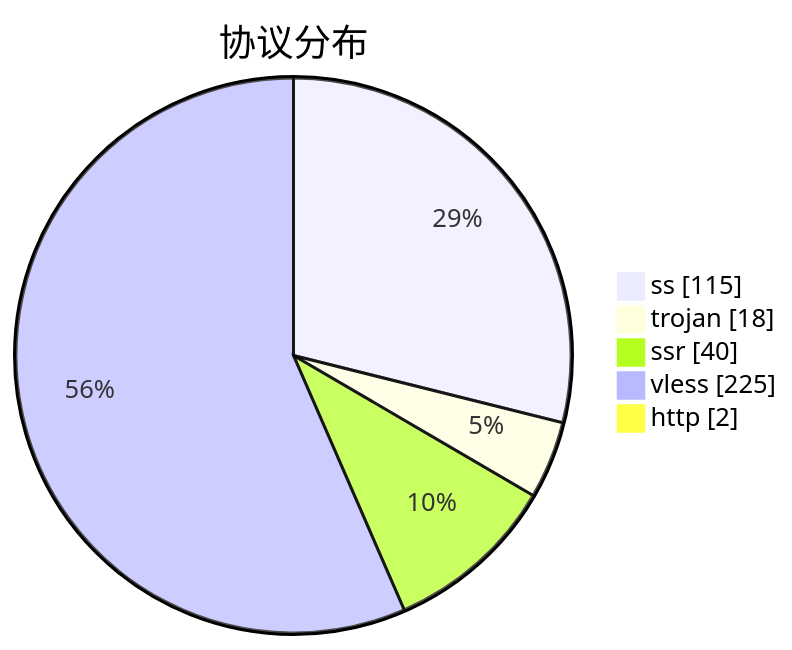
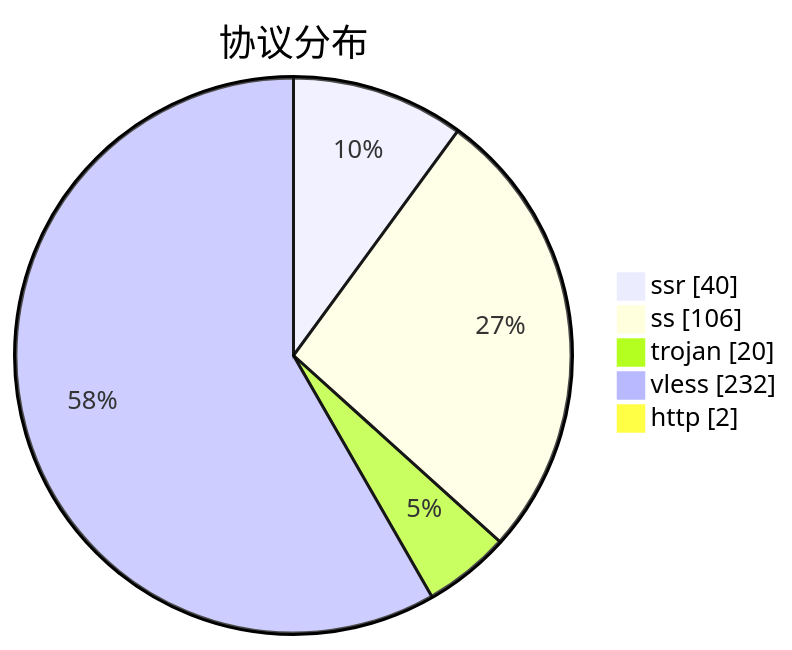
One commit to qjlxg/airport changed the third of 3 diagrams in subs/statistics/tested_within.md. Above: the diagram before and after it, drawn with Mermaid. The commit also changed other lines of this file and 2 other files, not shown here.

````diff
--- a/subs/statistics/tested_within.md
+++ b/subs/statistics/tested_within.md
@@ -20,9 +18,9 @@
 ```mermaid
 pie showData
 title 协议分布
-"ss" : 115
-"trojan" : 18
 "ssr" : 40
-"vless" : 225
+"ss" : 106
+"trojan" : 20
+"vless" : 232
 "http" : 2
 ```
````
